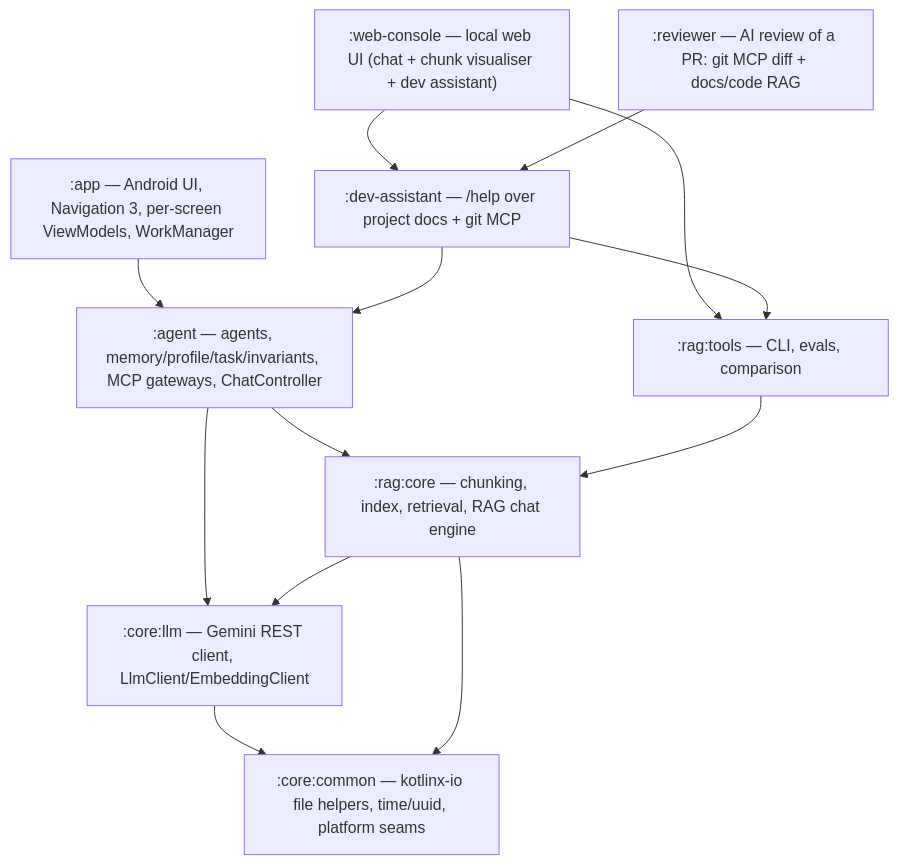
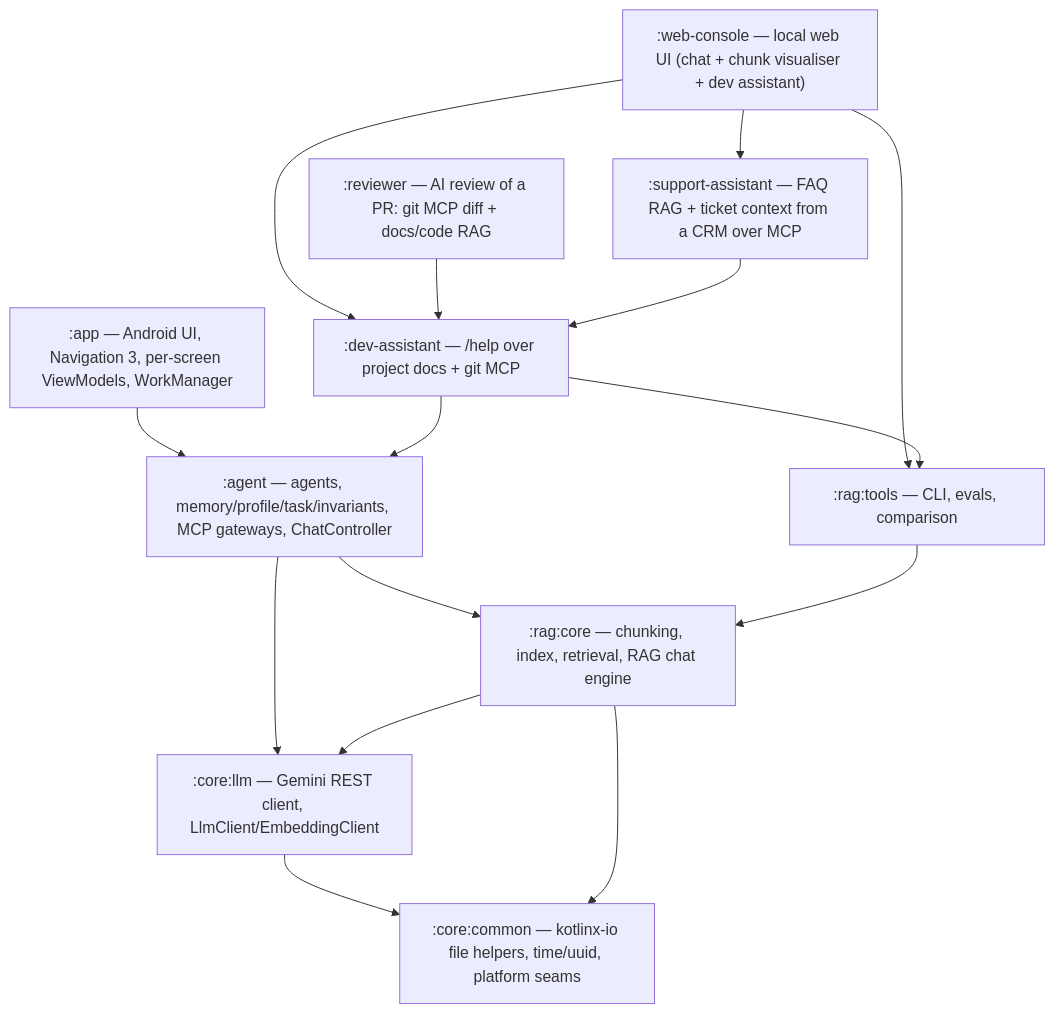
Before and after one commit to vlad-dexcom/AI-Challenge: the first of 2 diagrams in README.md, drawn with Mermaid. The commit also changed other lines of this file and 35 other files, not shown here.

Commit message:
Day 33: support assistant (FAQ RAG + ticket context from a CRM over MCP) (#39)

````diff
--- a/README.md
+++ b/README.md
@@ -514,16 +525,18 @@
 ```mermaid
 graph TD
   app[":app — Android UI, Navigation 3, per-screen ViewModels, WorkManager"] --> agent
   agent[":agent — agents, memory/profile/task/invariants, MCP gateways, ChatController"] --> ragcore
   agent --> llm
   ragcore[":rag:core — chunking, index, retrieval, RAG chat engine"] --> llm
   llm[":core:llm — Gemini REST client, LlmClient/EmbeddingClient"] --> common
   ragcore --> common
   common[":core:common — kotlinx-io file helpers, time/uuid, platform seams"]
   ragtools[":rag:tools — CLI, evals, comparison"] --> ragcore
   web[":web-console — local web UI (chat + chunk visualiser + dev assistant)"] --> ragtools
   web --> devassistant
   devassistant[":dev-assistant — /help over project docs + git MCP"] --> agent
   devassistant --> ragtools
   reviewer[":reviewer — AI review of a PR: git MCP diff + docs/code RAG"] --> devassistant
+  support[":support-assistant — FAQ RAG + ticket context from a CRM over MCP"] --> devassistant
+  web --> support
 ```
````
